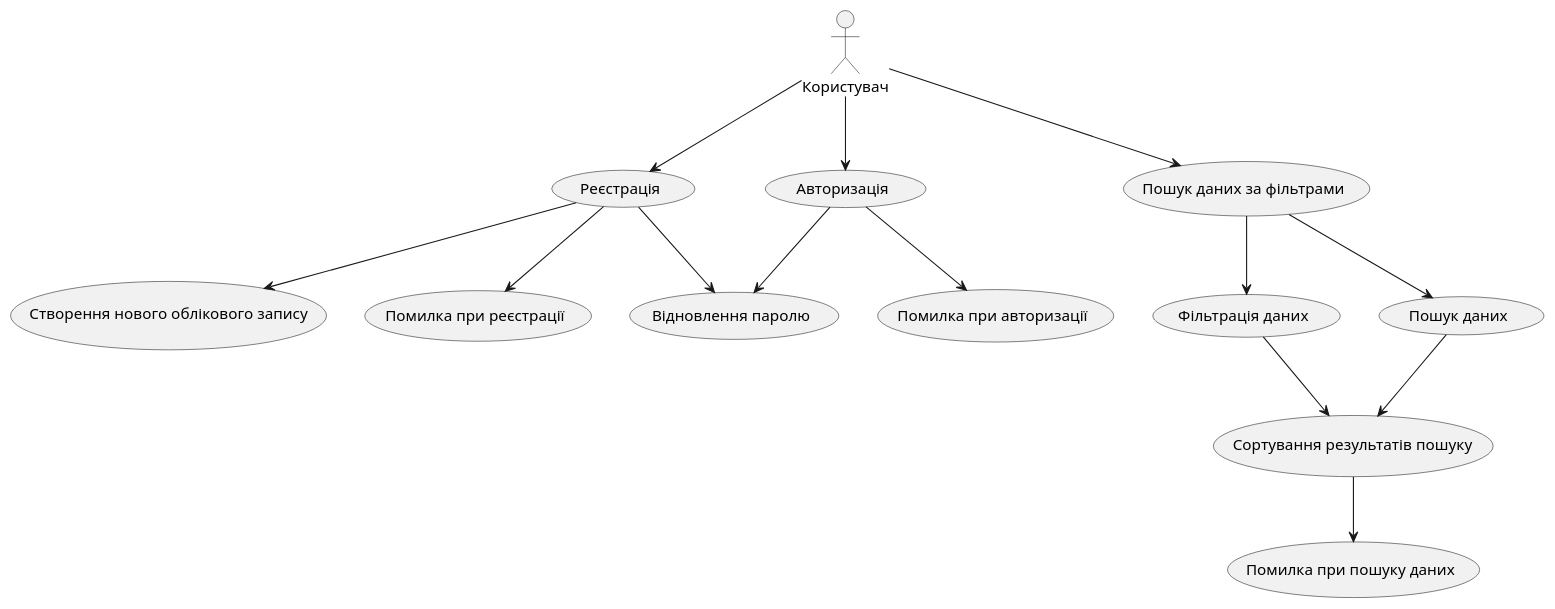
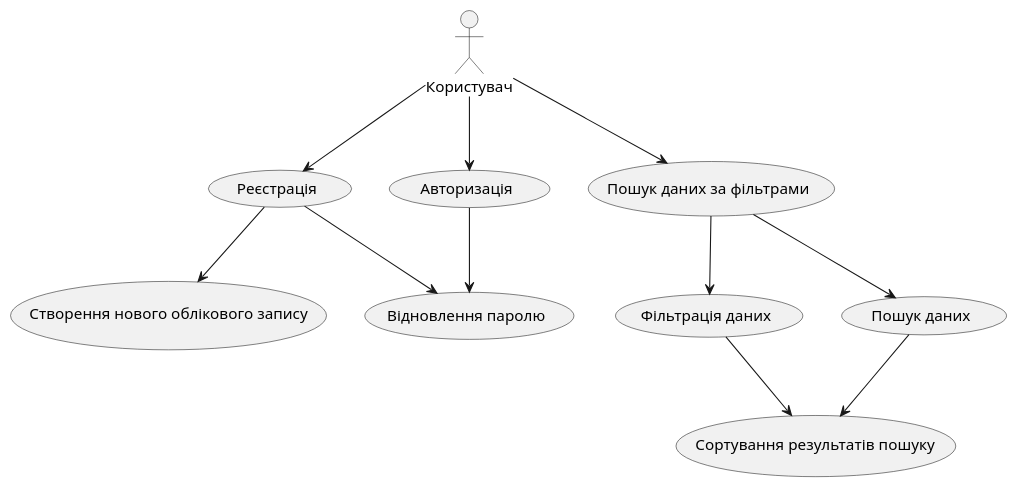
Before and after one commit to vladimirkoff/edu_db_labs_team: the second of 9 diagrams in docs/use cases/README.md, drawn with PlantUML. The commit also changed other lines of this file, not shown here.

```diff
--- a/docs/use cases/README.md
+++ b/docs/use cases/README.md
@@ -36,35 +36,28 @@
 @startuml
 
 actor "Користувач" as User
 
 usecase "Реєстрація" as Registration
 usecase "Авторизація" as Login
 usecase "Пошук даних за фільтрами" as SearchWithFilters
 usecase "Сортування результатів пошуку" as SortSearchResults
 usecase "Фільтрація даних" as DataFiltering
 usecase "Пошук даних" as DataSearch
 
 usecase "Створення нового облікового запису" as CreateAccount
 usecase "Відновлення паролю" as PasswordRecovery
 
-usecase "Помилка при реєстрації" as RegistrationError
-usecase "Помилка при авторизації" as LoginError
-usecase "Помилка при пошуку даних" as DataSearchError
-
 User --> Registration
 Registration --> CreateAccount
 Registration --> PasswordRecovery
-Registration -down-> RegistrationError
 
 User --> Login
 Login --> PasswordRecovery
-Login -down-> LoginError
 
 User --> SearchWithFilters
 SearchWithFilters --> DataFiltering
 SearchWithFilters --> DataSearch
 DataFiltering --> SortSearchResults
 DataSearch --> SortSearchResults
-SortSearchResults -down-> DataSearchError
 
 @enduml
```
